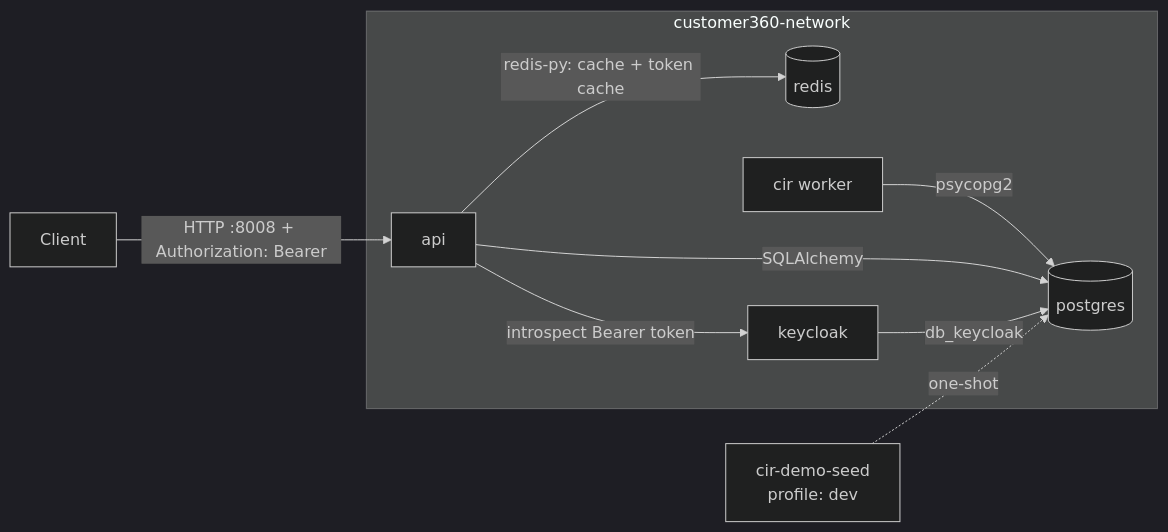
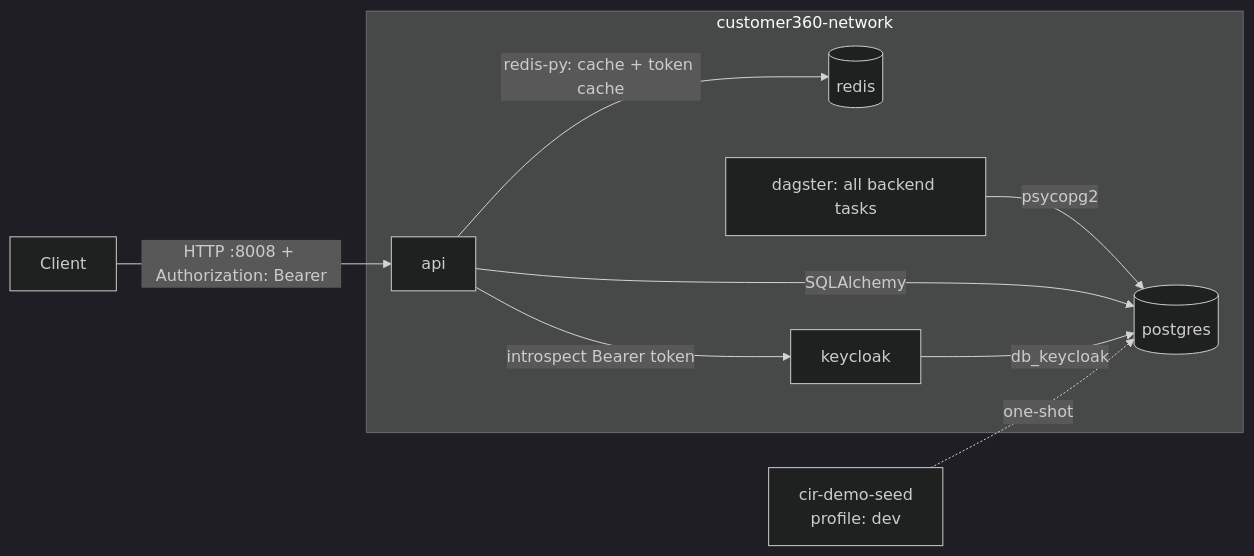
Before and after one commit to LEO-CDP/leo-customer360: the diagram in docs/DOCKER-COMPOSE-GUIDE.md, drawn with Mermaid (dark theme). The commit also changed other lines of this file and 24 other files, not shown here.

````diff
--- a/docs/DOCKER-COMPOSE-GUIDE.md
+++ b/docs/DOCKER-COMPOSE-GUIDE.md
@@ -31,17 +31,17 @@
 ```mermaid
 flowchart LR
     subgraph customer360-network
         PG[(postgres)]
         RD[(redis)]
         KC[keycloak]
-        CIR[cir worker]
+        DAG[dagster: all backend tasks]
         API[api]
     end
-    CIR -->|psycopg2| PG
+    DAG -->|psycopg2| PG
     API -->|SQLAlchemy| PG
     API -->|redis-py: cache + token cache| RD
     API -->|introspect Bearer token| KC
     KC -->|db_keycloak| PG
     Client -->|HTTP :8008 + Authorization: Bearer| API
     Seed[cir-demo-seed\nprofile: dev] -.->|one-shot| PG
 ```
````
